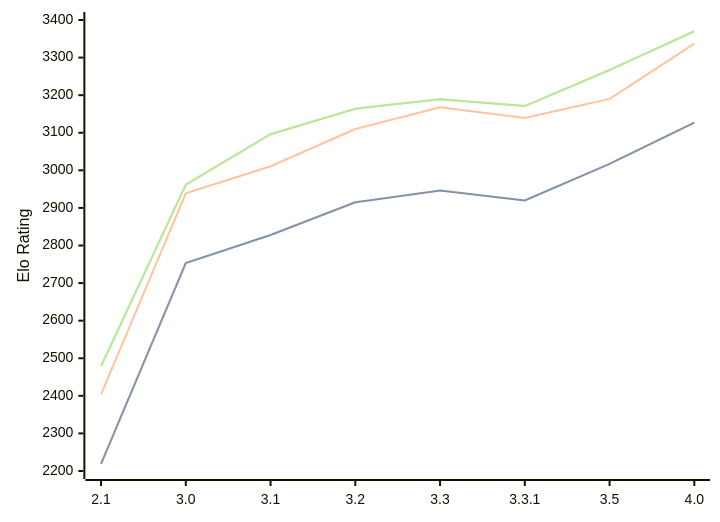
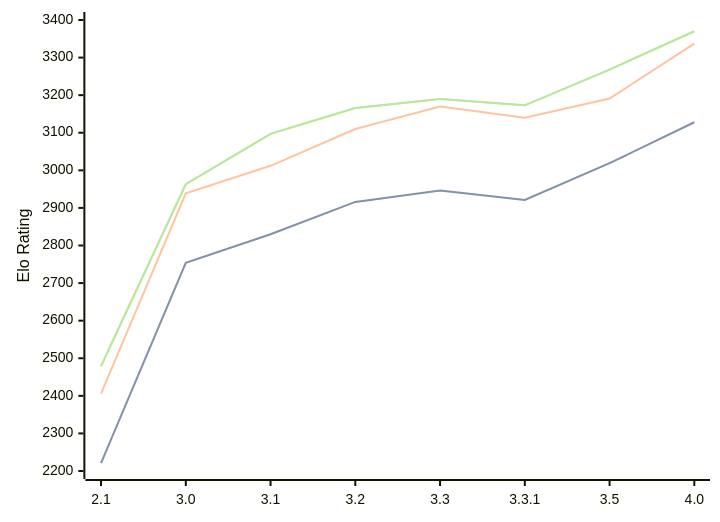
The diagram in engines/Petrel.md (computer-chess-index/cci), drawn with Mermaid before and after one commit. The commit also changed other lines of this file, not shown here.

Commit message:
Update CCI Ratings (ELO VLTC) - 2026-08-26

````diff
--- a/engines/Petrel.md
+++ b/engines/Petrel.md
@@ -38,11 +38,11 @@
 ```mermaid
 %%{init: {"theme":"base","themeVariables":{"seriesColors:['#a3a3a3','#222221','#faa371']}}}%%
 xychart-beta
   x-axis ["2.1", "3.0", "3.1", "3.2", "3.3", "3.3.1", "3.5", "4.0"]
   y-axis "Elo Rating" 2200 --> 3400
-  line "STC (8.0+0.08s)" [2219, 2753, 2828, 2915, 2946, 2920, 3017, 3127]
-  line "STC (8.0+0.08s)" [2219, 2753, 2828, 2915, 2946, 2920, 3017, 3127]
-  line "LTC (60.0+0.60s)" [2404, 2939, 3011, 3110, 3168, 3139, 3190, 3337]
-  line "VLTC (2m24s+1.12s)" [2479, 2962, 3096, 3164, 3189, 3171, 3267, 3370]
-  line "VLTC (2m24s+1.12s)" [2479, 2962, 3096, 3164, 3189, 3171, 3267, 3370]
+  line "STC (8.0+0.08s)" [2221, 2754, 2830, 2916, 2946, 2921, 3019, 3128]
+  line "STC (8.0+0.08s)" [2221, 2754, 2830, 2916, 2946, 2921, 3019, 3128]
+  line "LTC (60.0+0.60s)" [2406, 2939, 3012, 3110, 3170, 3140, 3191, 3337]
+  line "VLTC (2m24s+1.12s)" [2479, 2963, 3097, 3166, 3190, 3173, 3268, 3370]
+  line "VLTC (2m24s+1.12s)" [2479, 2963, 3097, 3166, 3190, 3173, 3268, 3370]
 ```
````
